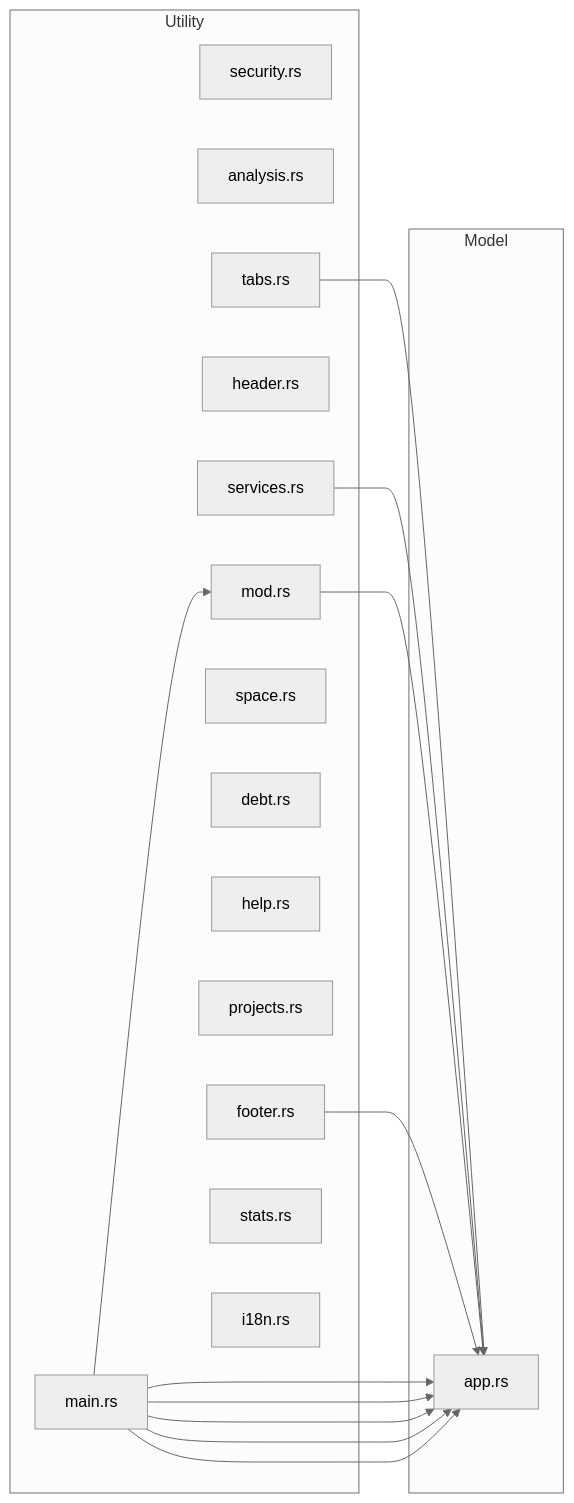
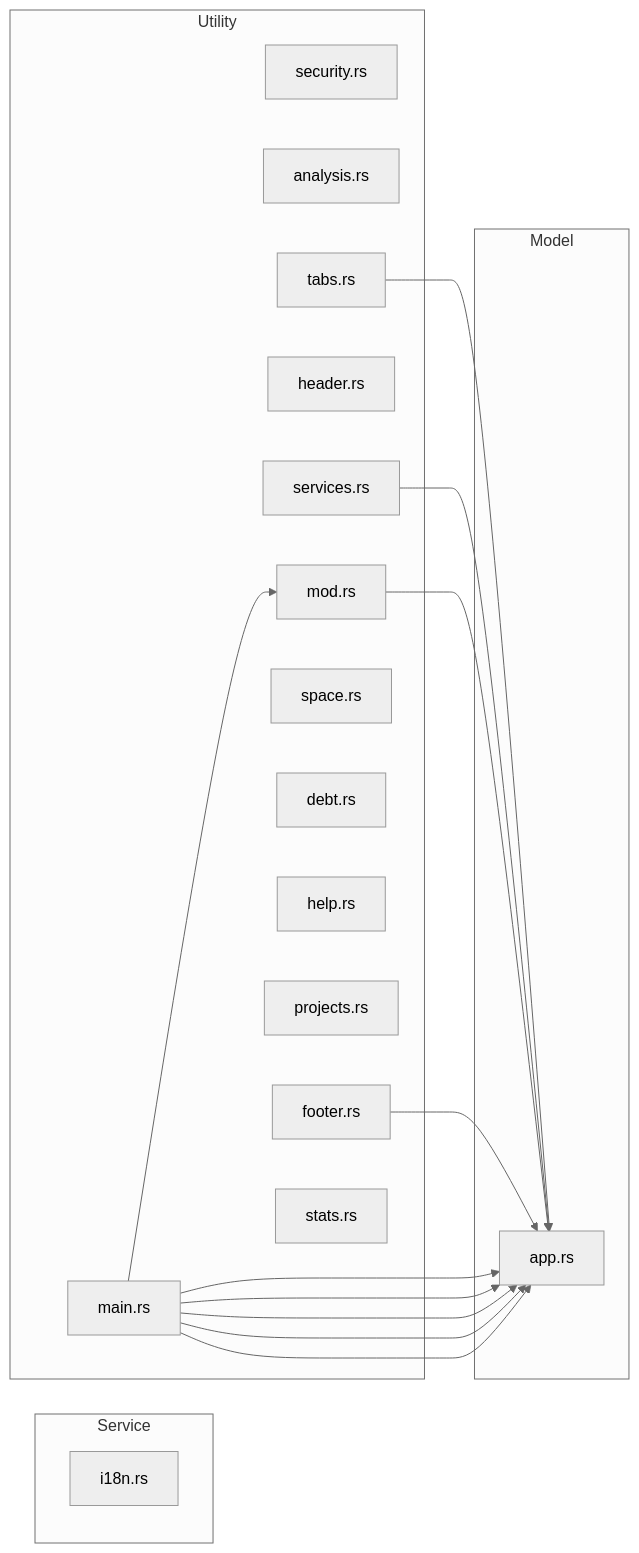
The fourth of 8 diagrams in void-stack-analysis.md (Mague/void-stack), drawn with Mermaid (neutral theme) before and after one commit. The commit also changed other lines of this file and 4 other files, not shown here.

````diff
--- a/void-stack-analysis.md
+++ b/void-stack-analysis.md
@@ -915,32 +916,34 @@
 ```mermaid
 graph LR
+    subgraph service ["Service"]
+        src_i18n_rs["i18n.rs"]
+    end
     subgraph model ["Model"]
         src_app_rs["app.rs"]
     end
     subgraph utility ["Utility"]
         src_ui_security_rs["security.rs"]
         src_ui_analysis_rs["analysis.rs"]
         src_ui_tabs_rs["tabs.rs"]
         src_ui_header_rs["header.rs"]
         src_ui_services_rs["services.rs"]
         src_ui_mod_rs["mod.rs"]
         src_ui_space_rs["space.rs"]
         src_ui_debt_rs["debt.rs"]
         src_ui_help_rs["help.rs"]
         src_ui_projects_rs["projects.rs"]
         src_ui_footer_rs["footer.rs"]
         src_ui_stats_rs["stats.rs"]
         src_main_rs["main.rs"]
-        src_i18n_rs["i18n.rs"]
     end
     src_ui_tabs_rs --> src_app_rs
     src_ui_services_rs --> src_app_rs
     src_ui_mod_rs --> src_app_rs
     src_ui_footer_rs --> src_app_rs
     src_main_rs --> src_ui_mod_rs
     src_main_rs --> src_app_rs
     src_main_rs --> src_app_rs
     src_main_rs --> src_app_rs
     src_main_rs --> src_app_rs
     src_main_rs --> src_app_rs
 ```
````
